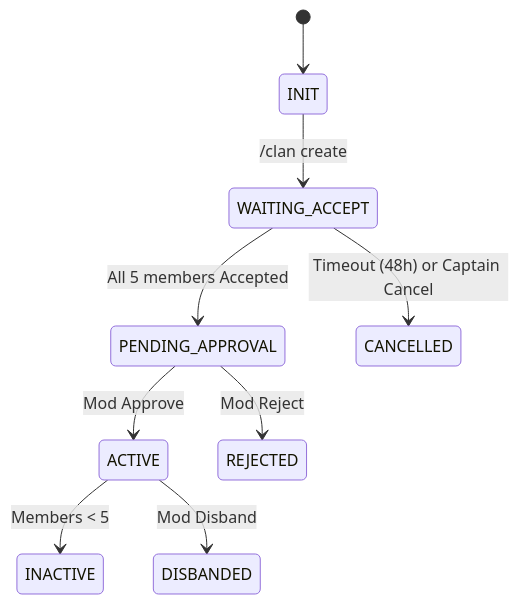
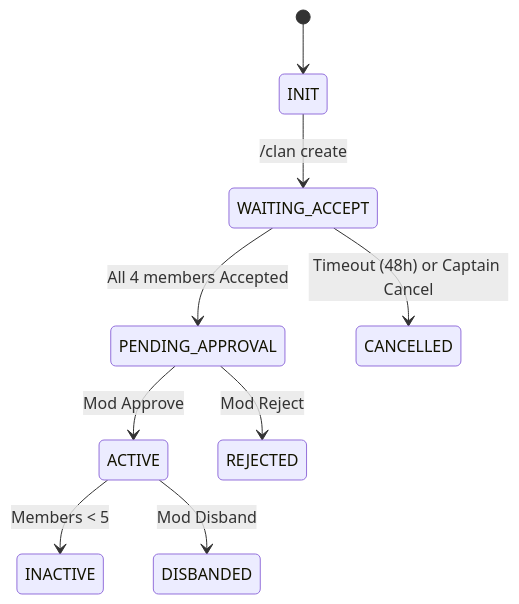
One commit to MonsieurNikko/ClanVXT changed the first of 5 diagrams in STATES.md. Above: the diagram before and after it, drawn with Mermaid. The commit also changed other lines of this file and 11 other files, not shown here.

````diff
--- a/STATES.md
+++ b/STATES.md
@@ -4,11 +4,11 @@
 ```mermaid
 stateDiagram-v2
     [*] --> INIT
     INIT --> WAITING_ACCEPT: /clan create
-    WAITING_ACCEPT --> PENDING_APPROVAL: All 5 members Accepted
+    WAITING_ACCEPT --> PENDING_APPROVAL: All 4 members Accepted
     WAITING_ACCEPT --> CANCELLED: Timeout (48h) or Captain Cancel
     PENDING_APPROVAL --> ACTIVE: Mod Approve
     PENDING_APPROVAL --> REJECTED: Mod Reject
     ACTIVE --> INACTIVE: Members < 5
     ACTIVE --> DISBANDED: Mod Disband
 ```
````
